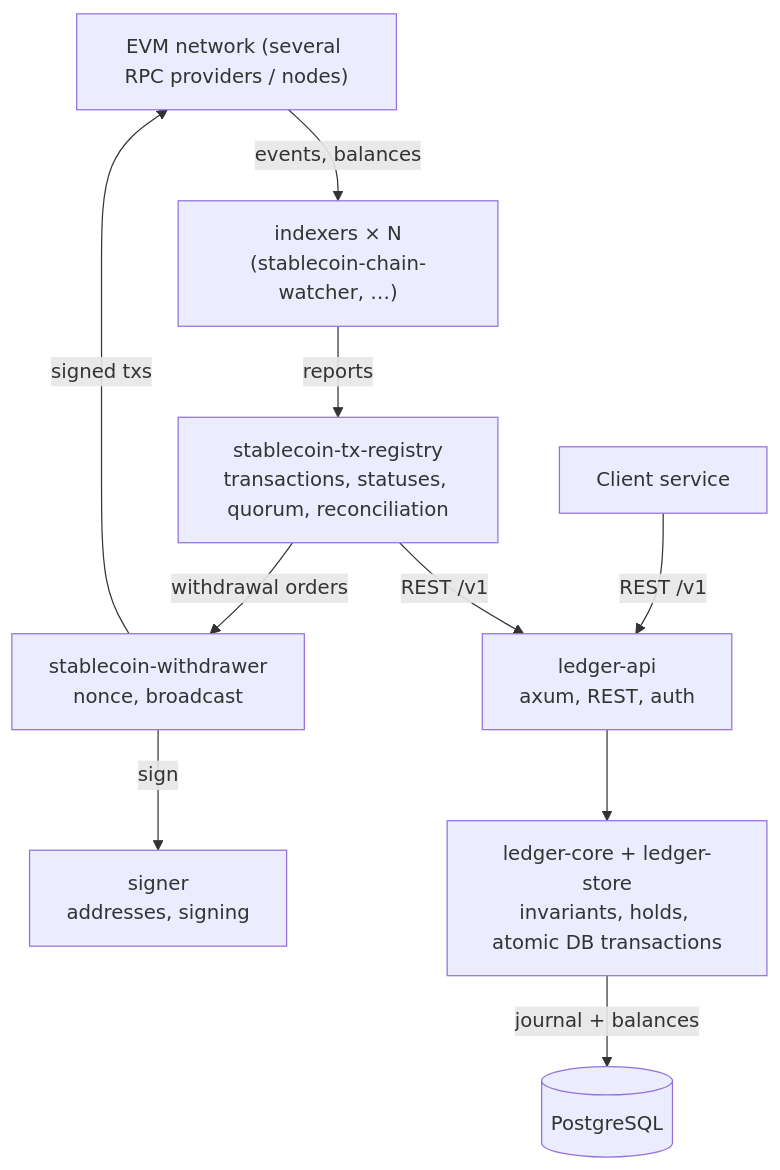
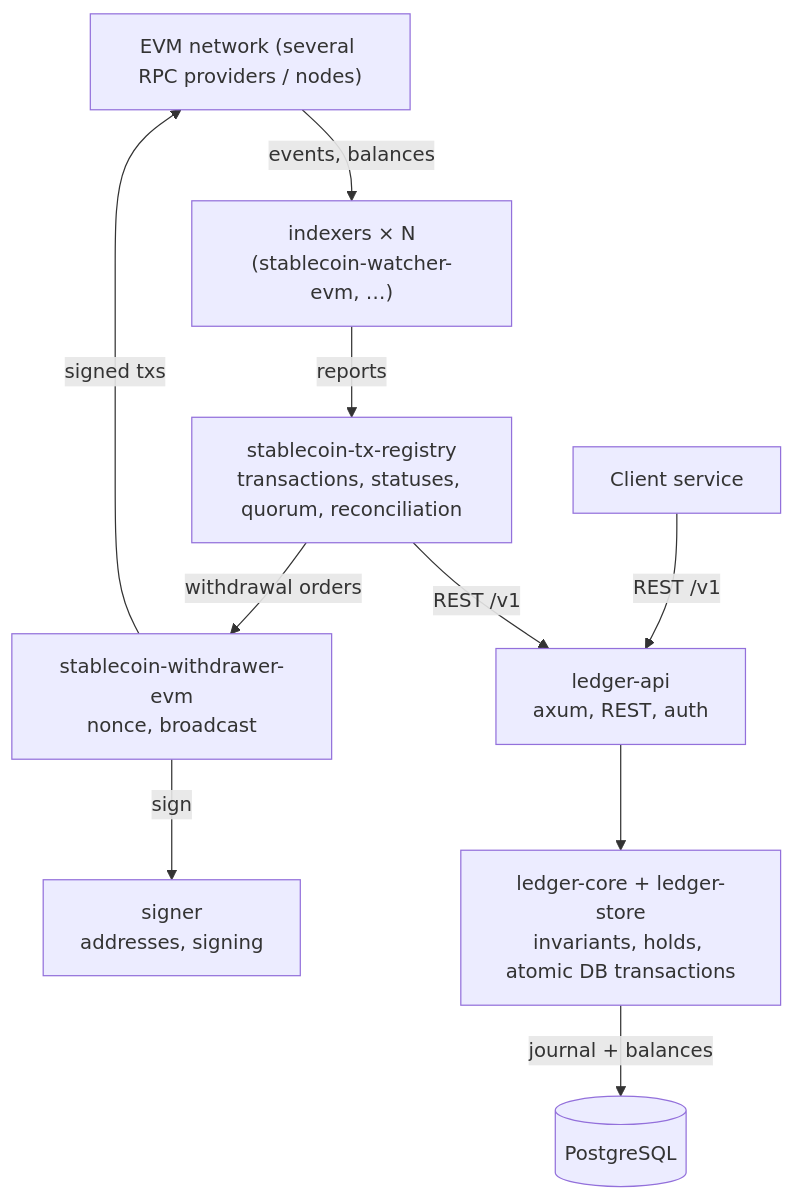
One commit to Next-Vector/stablecoin-ledger changed the diagram in docs/specification.md. Above: the diagram before and after it, drawn with Mermaid. The commit also changed other lines of this file and 4 other files, not shown here.

````diff
--- a/docs/specification.md
+++ b/docs/specification.md
@@ -319,25 +319,25 @@
 ```mermaid
 flowchart TB
     client[Client service]
     node["EVM network (several RPC providers / nodes)"]
 
-    idx["indexers × N<br/>(stablecoin-chain-watcher, …)"]
+    idx["indexers × N<br/>(stablecoin-watcher-evm, …)"]
     reg["stablecoin-tx-registry<br/>transactions, statuses, quorum, reconciliation"]
-    wd["stablecoin-withdrawer<br/>nonce, broadcast"]
+    wd["stablecoin-withdrawer-evm<br/>nonce, broadcast"]
     signer["signer<br/>addresses, signing"]
     api["ledger-api<br/>axum, REST, auth"]
 
     core["ledger-core + ledger-store<br/>invariants, holds, atomic DB transactions"]
     pg[(PostgreSQL)]
 
     client -- "REST /v1" --> api
     node -- "events, balances" --> idx
     idx -- "reports" --> reg
     reg -- "withdrawal orders" --> wd
     wd -- "sign" --> signer
     wd -- "signed txs" --> node
     reg -- "REST /v1" --> api
 
     api --> core
     core -- "journal + balances" --> pg
 ```
````
